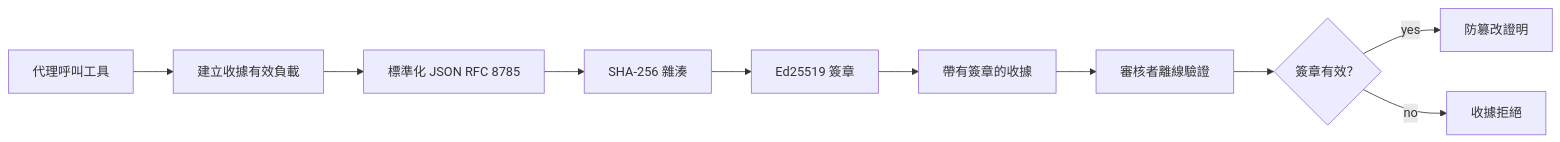
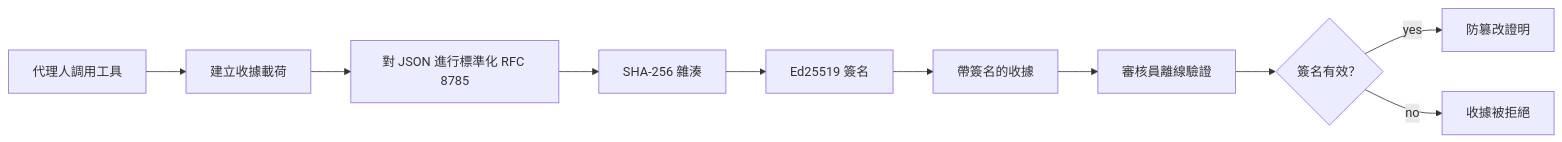
One commit to gabrielmoreira/agent-skills-mirror changed the first of 2 diagrams in mirrors/repos/microsoft@ai-agents-for-beginners/translations/zh-TW/18-securing-ai-agents/README.md. Above: the diagram before and after it, drawn with Mermaid. The commit also changed other lines of this file and 8886 other files, not shown here.

````diff
--- a/mirrors/repos/microsoft@ai-agents-for-beginners/translations/zh-TW/18-securing-ai-agents/README.md
+++ b/mirrors/repos/microsoft@ai-agents-for-beginners/translations/zh-TW/18-securing-ai-agents/README.md
@@ -51,12 +51,12 @@
 ```mermaid
 flowchart LR
-    A[代理呼叫工具] --> B[建立收據有效負載]
-    B --> C[標準化 JSON RFC 8785]
+    A[代理人調用工具] --> B[建立收據載荷]
+    B --> C[對 JSON 進行標準化 RFC 8785]
     C --> D[SHA-256 雜湊]
-    D --> E[Ed25519 簽章]
-    E --> F[帶有簽章的收據]
-    F --> G[審核者離線驗證]
-    G --> H{簽章有效？}
+    D --> E[Ed25519 簽名]
+    E --> F[帶簽名的收據]
+    F --> G[審核員離線驗證]
+    G --> H{簽名有效？}
     H -- yes --> I[防篡改證明]
-    H -- no --> J[收據拒絕]
+    H -- no --> J[收據被拒絕]
 ```
````
